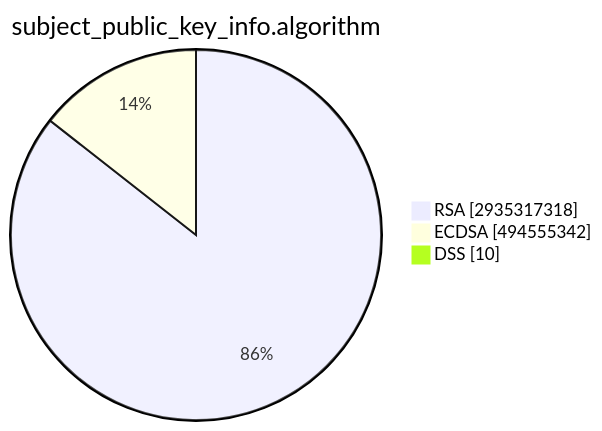
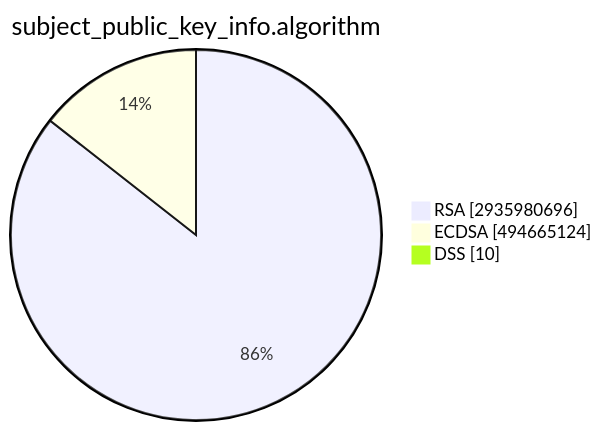
Before and after one commit to christiankrug/ctmonitor_visualization: the second of 15 diagrams in TOTAL/README.md, drawn with Mermaid. The commit also changed other lines of this file, not shown here.

````diff
--- a/TOTAL/README.md
+++ b/TOTAL/README.md
@@ -6,7 +6,7 @@
 ```mermaid
 pie showData
 title subject_public_key_info.algorithm
-"RSA" :2935317318
-"ECDSA" :494555342
+"RSA" :2935980696
+"ECDSA" :494665124
 "DSS" :10
 ```
````
